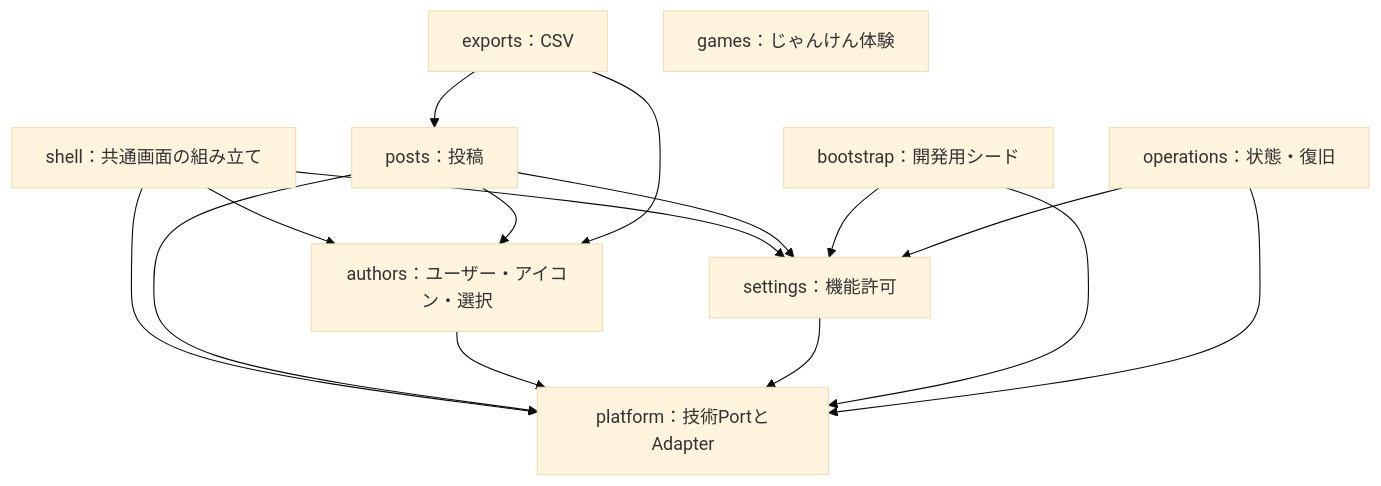
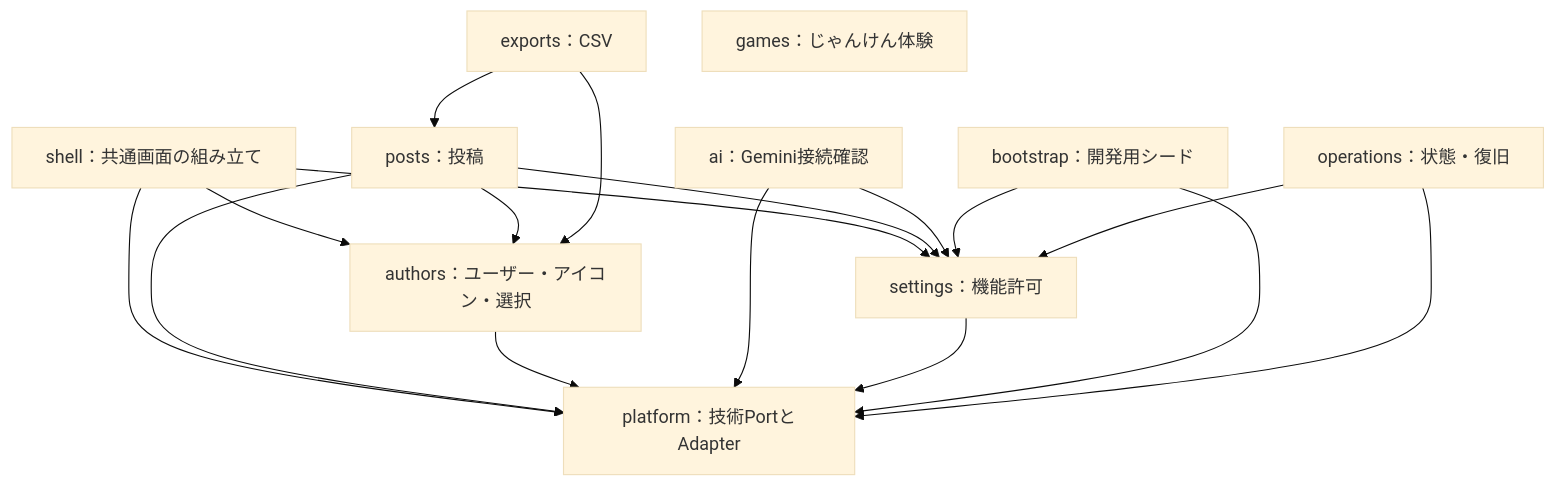
The diagram in src/app-learning/02-web-app-learning/template/docs/architecture.md (kurosawa-kuro/ai-app-learning), drawn with Mermaid (base theme) before and after one commit. The commit also changed other lines of this file and 80 other files, not shown here.

````diff
--- a/src/app-learning/02-web-app-learning/template/docs/architecture.md
+++ b/src/app-learning/02-web-app-learning/template/docs/architecture.md
@@ -13,18 +13,20 @@
 ```mermaid
 flowchart TD
     Shell["shell：共通画面の組み立て"] --> Authors["authors：ユーザー・アイコン・選択"]
     Shell --> Settings["settings：機能許可"]
     Shell --> Platform["platform：技術PortとAdapter"]
     Posts["posts：投稿"] --> Authors
     Posts --> Settings
     Posts --> Platform
     Authors --> Platform
+    AI["ai：Gemini接続確認"] --> Settings
+    AI --> Platform
     Settings --> Platform
     Exports["exports：CSV"] --> Authors
     Exports --> Posts
     Bootstrap["bootstrap：開発用シード"] --> Settings
     Bootstrap --> Platform
     Games["games：じゃんけん体験"]
     Operations["operations：状態・復旧"] --> Platform
     Operations --> Settings
 ```
````
